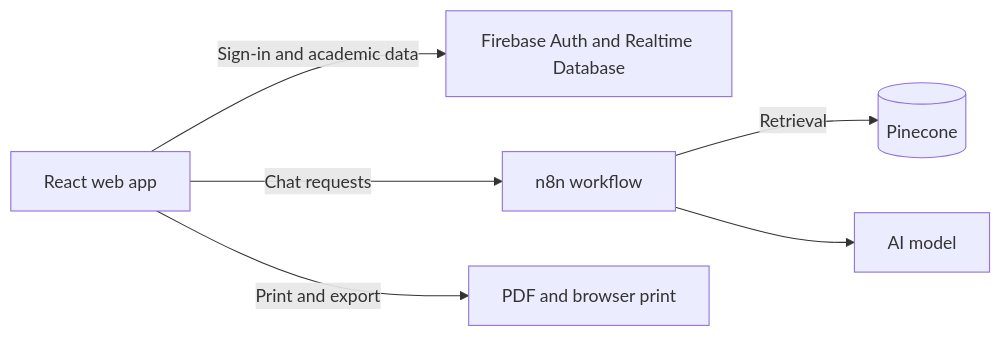
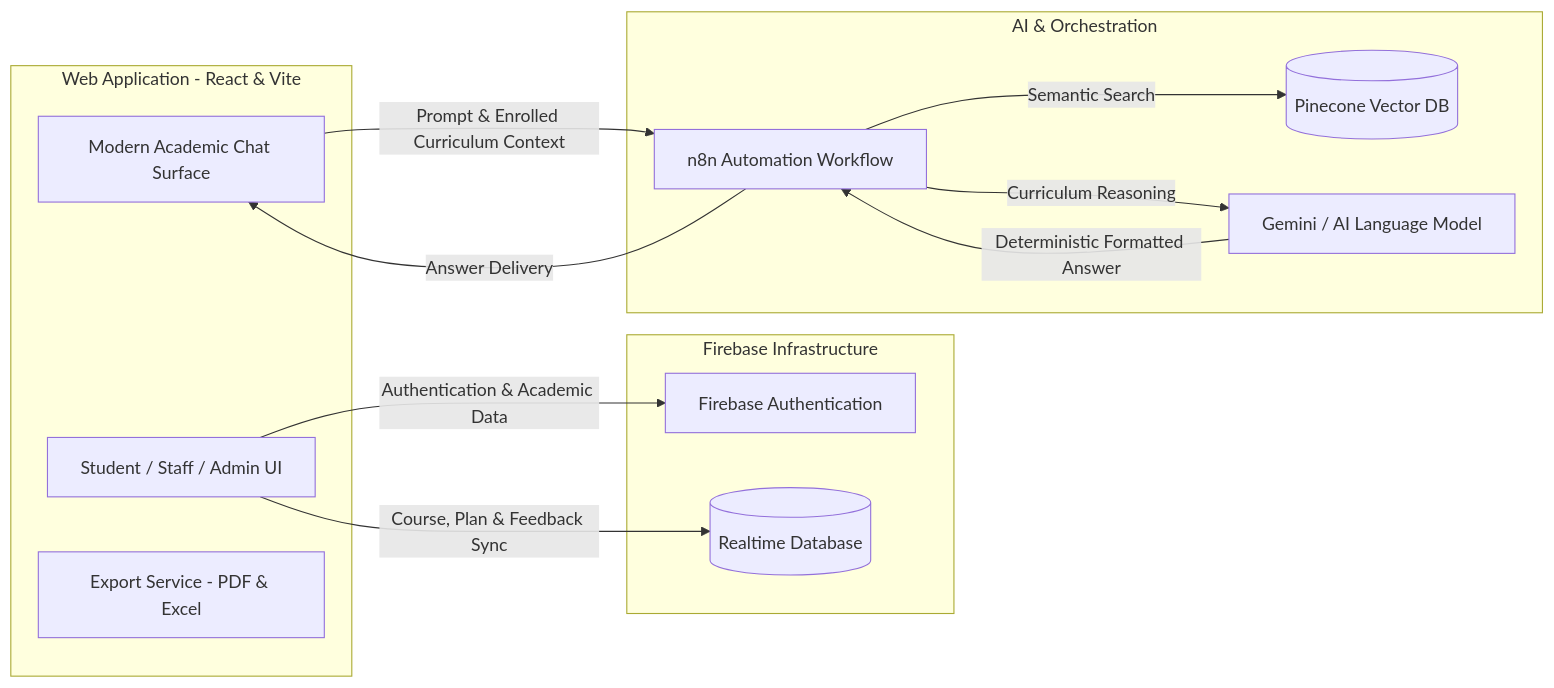
One commit to kainapatkmutnb/it-course-chatbot-main changed the diagram in README.md. Above: the diagram before and after it, drawn with Mermaid. The commit also changed other lines of this file and 1 other file, not shown here.

Commit message:
docs: redesign README with architecture diagrams, curriculum matrix, and engineering governance

````diff
--- a/README.md
+++ b/README.md
@@ -19,8 +28,27 @@
 ```mermaid
 flowchart LR
-    Browser[React web app] -->|Sign-in and academic data| Firebase[Firebase Auth and Realtime Database]
-    Browser -->|Chat requests| Workflow[n8n workflow]
-    Workflow -->|Retrieval| Vector[(Pinecone)]
-    Workflow --> Model[AI model]
-    Browser -->|Print and export| PDF[PDF and browser print]
+    subgraph Client [Web Application - React & Vite]
+        UI[Student / Staff / Admin UI]
+        ChatWidget[Modern Academic Chat Surface]
+        Storage[Export Service - PDF & Excel]
+    end
+
+    subgraph Backend [Firebase Infrastructure]
+        Auth[Firebase Authentication]
+        RTDB[(Realtime Database)]
+    end
+
+    subgraph AI [AI & Orchestration]
+        N8N[n8n Automation Workflow]
+        Pinecone[(Pinecone Vector DB)]
+        LLM[Gemini / AI Language Model]
+    end
+
+    UI -->|Authentication & Academic Data| Auth
+    UI -->|Course, Plan & Feedback Sync| RTDB
+    ChatWidget -->|Prompt & Enrolled Curriculum Context| N8N
+    N8N -->|Semantic Search| Pinecone
+    N8N -->|Curriculum Reasoning| LLM
+    LLM -->|Deterministic Formatted Answer| N8N
+    N8N -->|Answer Delivery| ChatWidget
 ```
````
